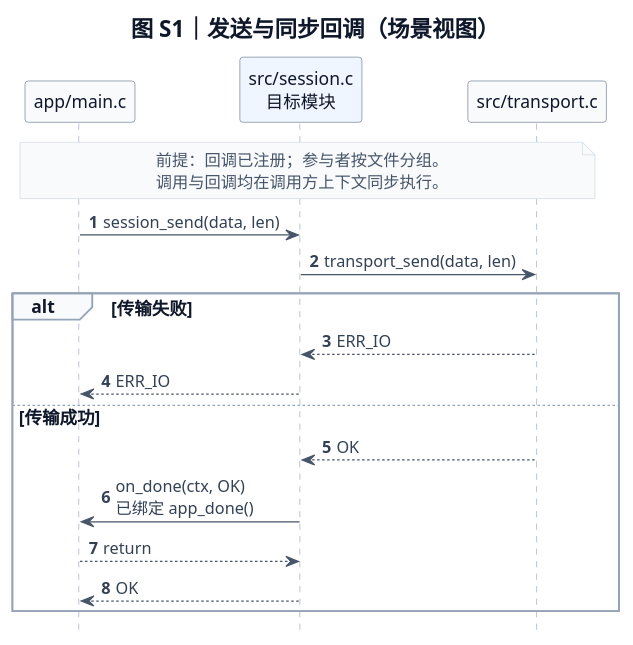
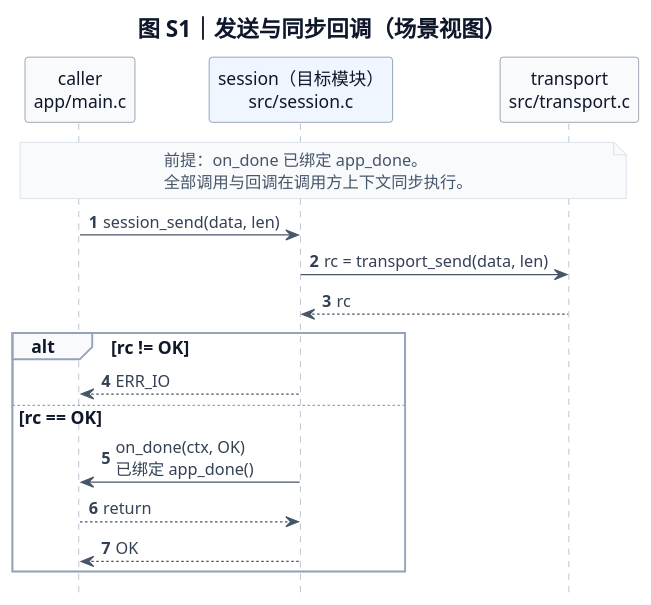
Before and after one commit to chao-shu/c-code-design-doc: the second of 2 diagrams in docs/专业图示样例.md, drawn with PlantUML. The commit also changed other lines of this file and 10 other files, not shown here.

Commit message:
Clarify UML semantics and 4+1 mappings; review and refresh diagram examples

````diff
--- a/docs/专业图示样例.md
+++ b/docs/专业图示样例.md
@@ -55,55 +59,54 @@
 ```plantuml
 @startuml
 skinparam backgroundColor #FFFFFF
 skinparam shadowing false
 skinparam defaultFontName "Microsoft YaHei"
 skinparam defaultFontSize 14
 skinparam defaultFontColor #0F172A
 skinparam titleFontColor #0F172A
 skinparam titleFontSize 18
 skinparam ArrowColor #475569
 skinparam ArrowFontColor #334155
 skinparam ArrowFontSize 13
 skinparam ArrowThickness 1
 skinparam NoteBackgroundColor #F8FAFC
 skinparam NoteBorderColor #CBD5E1
 skinparam NoteFontColor #475569
 skinparam NoteFontSize 13
 skinparam LegendBackgroundColor #FFFFFF
 skinparam LegendBorderColor #FFFFFF
 skinparam LegendFontColor #475569
 skinparam LegendFontSize 12
 skinparam sequenceParticipantBackgroundColor #F8FAFC
 skinparam sequenceParticipantBorderColor #64748B
 skinparam sequenceLifeLineBorderColor #94A3B8
 skinparam sequenceLifeLineBackgroundColor #EFF6FF
 skinparam sequenceArrowColor #475569
 skinparam sequenceArrowFontSize 13
 skinparam sequenceGroupBackgroundColor #F8FAFC
 skinparam sequenceGroupBodyBackgroundColor #FFFFFF
 skinparam sequenceGroupBorderColor #94A3B8
 skinparam sequenceGroupFontColor #0F172A
 skinparam sequenceMessageAlign left
 title 图 S1｜发送与同步回调（场景视图）
 hide footbox
 autonumber
-participant "app/main.c" as APP
-participant "src/session.c\n目标模块" as SESSION #EFF6FF
-participant "src/transport.c" as TRANSPORT
+participant "caller\napp/main.c" as APP
+participant "session（目标模块）\nsrc/session.c" as SESSION #EFF6FF
+participant "transport\nsrc/transport.c" as TRANSPORT
 note over APP, TRANSPORT
-前提：回调已注册；参与者按文件分组。
-调用与回调均在调用方上下文同步执行。
+前提：on_done 已绑定 app_done。
+全部调用与回调在调用方上下文同步执行。
 end note
 APP -> SESSION : session_send(data, len)
-SESSION -> TRANSPORT : transport_send(data, len)
-alt 传输失败
-  TRANSPORT --> SESSION : ERR_IO
+SESSION -> TRANSPORT : rc = transport_send(data, len)
+TRANSPORT --> SESSION : rc
+alt rc != OK
   SESSION --> APP : ERR_IO
-else 传输成功
-  TRANSPORT --> SESSION : OK
+else rc == OK
   SESSION -> APP : on_done(ctx, OK)\n已绑定 app_done()
   APP --> SESSION : return
   SESSION --> APP : OK
 end
 @enduml
 ```
````
